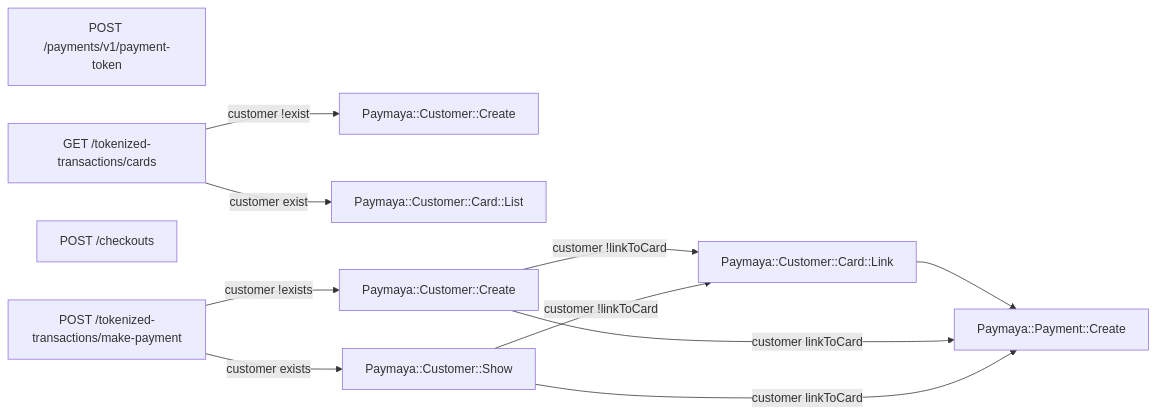
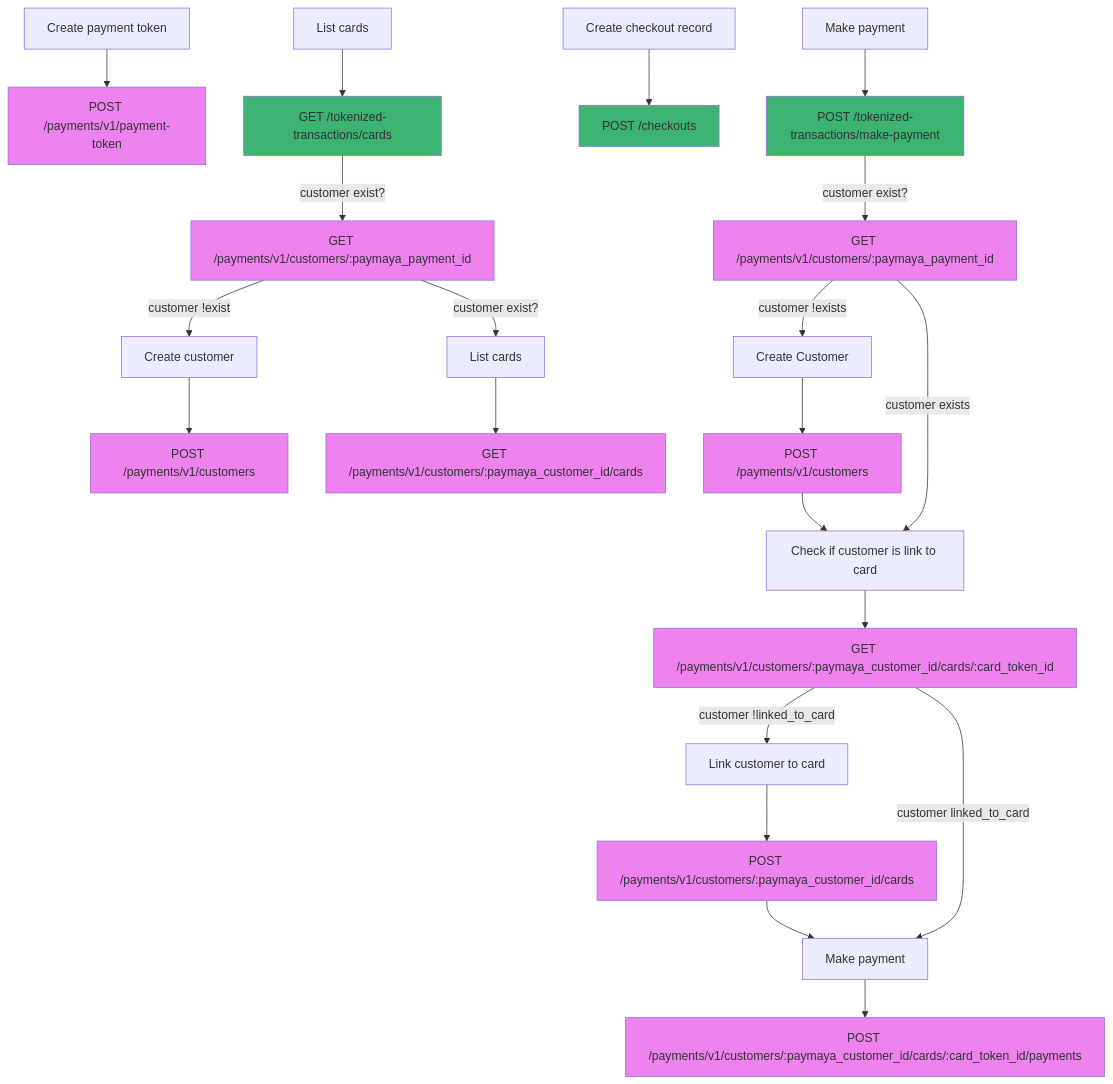
One commit to israelcoper/mermaid-diagram changed the diagram in maya-payment-card-flow.md. Above: the diagram before and after it, drawn with Mermaid.

````diff
--- a/maya-payment-card-flow.md
+++ b/maya-payment-card-flow.md
@@ -2,18 +2,38 @@
 ```mermaid
 ---
 title:
 ---
-flowchart LR;
-    A[POST /payments/v1/payment-token];
-    B[GET /tokenized-transactions/cards]-- customer !exist -->C[Paymaya::Customer::Create];
-    B-- customer exist -->D[Paymaya::Customer::Card::List];
-    E[POST /checkouts];
-    F[POST /tokenized-transactions/make-payment];
-    F-- customer !exists -->G[Paymaya::Customer::Create];
-    G-- customer !linkToCard -->I[Paymaya::Customer::Card::Link];
-    I-->J;
-    G-- customer linkToCard -->J[Paymaya::Payment::Create];
-    F-- customer exists -->H[Paymaya::Customer::Show];
-    H-- customer !linkToCard -->I;
-    H-- customer linkToCard -->J;
+flowchart TB;
+    style A1 fill:#ee82ee
+    style B1 fill:#3cb371
+    style E1 fill:#3cb371
+    style F1 fill:#3cb371
+    style F2 fill:#ee82ee
+    style C fill:#ee82ee
+    style D1 fill:#ee82ee
+    style D3 fill:#ee82ee
+    style G1 fill:#ee82ee
+    style H0 fill:#ee82ee
+    style H3 fill:#ee82ee
+    style H4 fill:#ee82ee
+    A0[Create payment token]-->A1[POST /payments/v1/payment-token];
+    B0[List cards]-->B1[GET /tokenized-transactions/cards];
+    B1-- customer exist? -->C[GET /payments/v1/customers/:paymaya_payment_id];
+    C-- customer !exist -->D0[Create customer];
+    D0-->D1[POST /payments/v1/customers];
+    C-- customer exist? -->D2[List cards];
+    D2-->D3[GET /payments/v1/customers/:paymaya_customer_id/cards]
+    E0[Create checkout record]-->E1[POST /checkouts];
+    FO[Make payment]-->F1[POST /tokenized-transactions/make-payment];
+    F1-- customer exist? -->F2[GET /payments/v1/customers/:paymaya_payment_id];
+    F2-- customer !exists -->G0[Create Customer];
+    G0-->G1[POST /payments/v1/customers];
+    G1-->G2[Check if customer is link to card];
+    F2-- customer exists -->G2;
+    G2-->H0[GET /payments/v1/customers/:paymaya_customer_id/cards/:card_token_id]
+    H0-- customer !linked_to_card -->H1[Link customer to card];
+    H1-->H4[POST /payments/v1/customers/:paymaya_customer_id/cards];
+    H4-->H2;
+    H0-- customer linked_to_card -->H2[Make payment];
+    H2-->H3[POST /payments/v1/customers/:paymaya_customer_id/cards/:card_token_id/payments]
 ```
````
